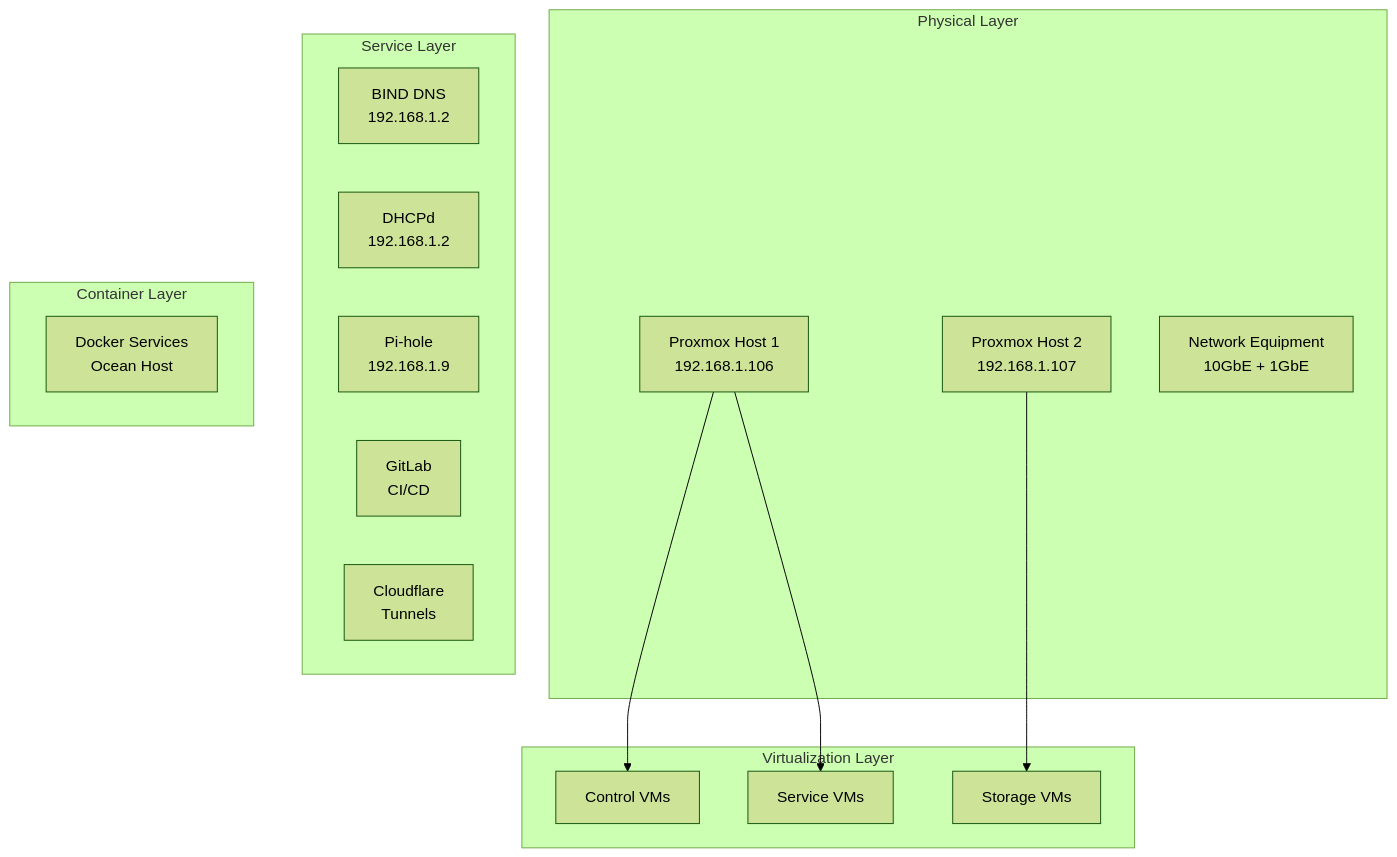
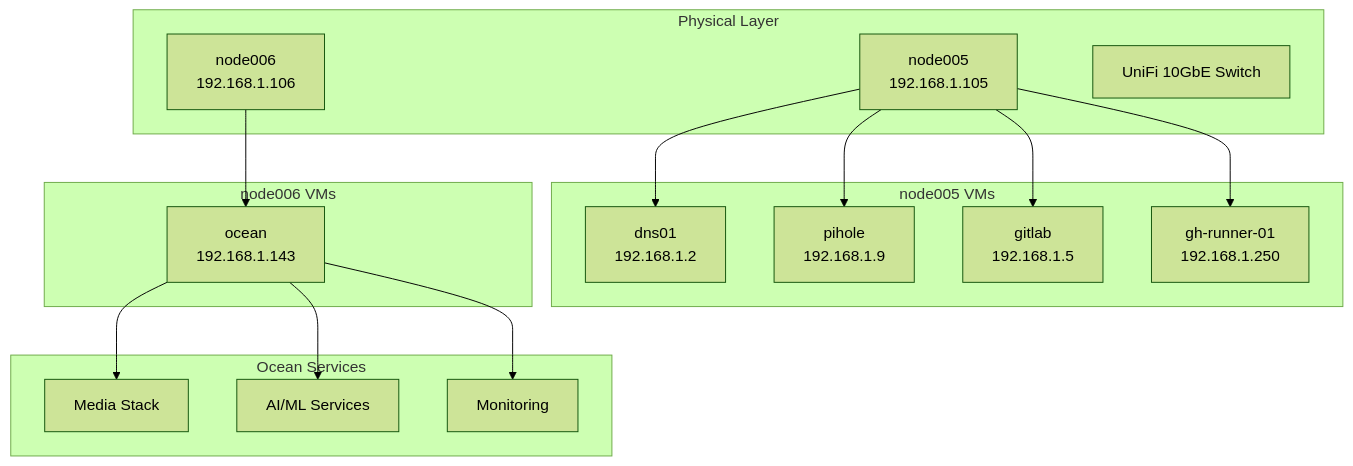
Before and after one commit to bluefishforsale/homelab: the diagram in docs/architecture/overview.md, drawn with Mermaid (forest theme). The commit also changed other lines of this file and 73 other files, not shown here.

````diff
--- a/docs/architecture/overview.md
+++ b/docs/architecture/overview.md
@@ -18,26 +23,25 @@
 ```mermaid
 graph TB
     subgraph "Physical Layer"
-        PM1[Proxmox Host 1<br/>192.168.1.106]
-        PM2[Proxmox Host 2<br/>192.168.1.107]
-        NW[Network Equipment<br/>10GbE + 1GbE]
+        PM1[node005<br/>192.168.1.105]
+        PM2[node006<br/>192.168.1.106]
+        NW[UniFi 10GbE Switch]
     end
     
-    subgraph "Virtualization Layer"
-        PM1 --> VM1[Control VMs]
-        PM1 --> VM2[Service VMs]
-        PM2 --> VM3[Storage VMs]
+    subgraph "node005 VMs"
+        PM1 --> DNS[dns01<br/>192.168.1.2]
+        PM1 --> PH[pihole<br/>192.168.1.9]
+        PM1 --> GL[gitlab<br/>192.168.1.5]
+        PM1 --> GH[gh-runner-01<br/>192.168.1.250]
     end
     
-    subgraph "Service Layer"
-        DNS[BIND DNS<br/>192.168.1.2]
-        DHCP[DHCPd<br/>192.168.1.2]
-        PH[Pi-hole<br/>192.168.1.9]
-        GL[GitLab<br/>CI/CD]
-        CF[Cloudflare<br/>Tunnels]
+    subgraph "node006 VMs"
+        PM2 --> OCEAN[ocean<br/>192.168.1.143]
     end
     
-    subgraph "Container Layer"
-        DOCKER[Docker Services<br/>Ocean Host]
+    subgraph "Ocean Services"
+        OCEAN --> MEDIA[Media Stack]
+        OCEAN --> AI[AI/ML Services]
+        OCEAN --> MON[Monitoring]
     end
 ```
````
